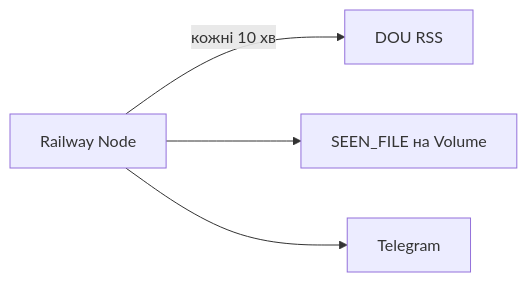
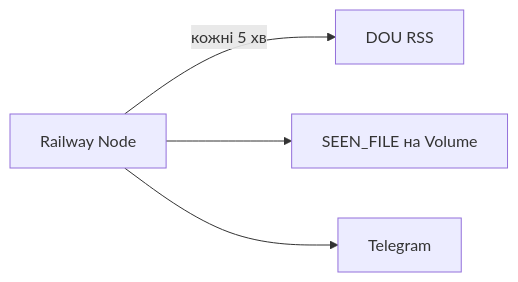
The diagram in README.md (musiienko25/vacancies), drawn with Mermaid before and after one commit. The commit also changed other lines of this file and 2 other files, not shown here.

````diff
--- a/README.md
+++ b/README.md
@@ -16,6 +16,6 @@
 ```mermaid
 flowchart LR
-  RailwayProc["Railway Node"] -->|"кожні 10 хв"| DouRss["DOU RSS"]
+  RailwayProc["Railway Node"] -->|"кожні 5 хв"| DouRss["DOU RSS"]
   RailwayProc --> SeenFile["SEEN_FILE на Volume"]
   RailwayProc --> Telegram["Telegram"]
 ```
````
